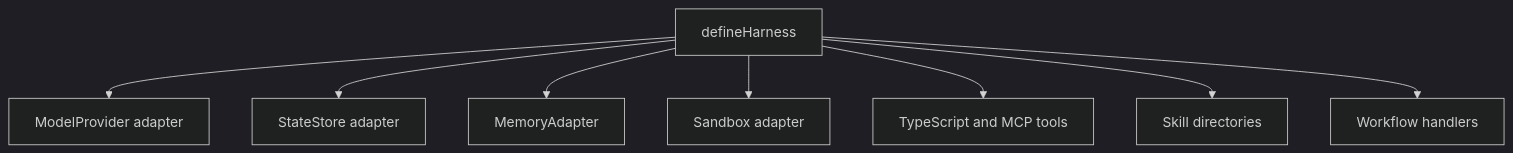
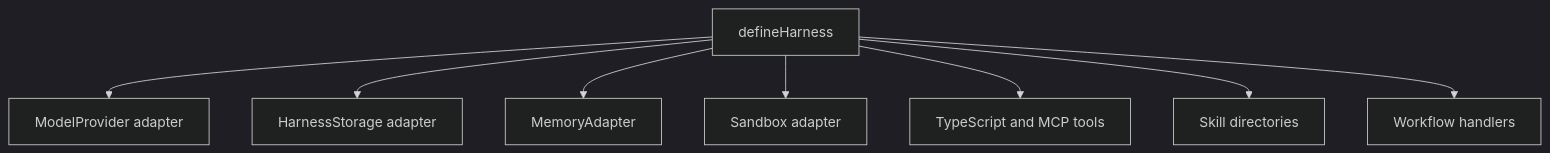
The diagram in docs/guides/extending-and-customizing.md (puristajs/harness), drawn with Mermaid (dark theme) before and after one commit. The commit also changed other lines of this file and 145 other files, not shown here.

Commit message:
feat!: unify Harness storage in v3

````diff
--- a/docs/guides/extending-and-customizing.md
+++ b/docs/guides/extending-and-customizing.md
@@ -8,10 +8,10 @@
 ```mermaid
 flowchart TD
   Harness["defineHarness"] --> Model["ModelProvider adapter"]
-  Harness --> State["StateStore adapter"]
+  Harness --> State["HarnessStorage adapter"]
   Harness --> Memory["MemoryAdapter"]
   Harness --> Sandbox["Sandbox adapter"]
   Harness --> Tools["TypeScript and MCP tools"]
   Harness --> Skills["Skill directories"]
   Harness --> Workflows["Workflow handlers"]
 ```
````
